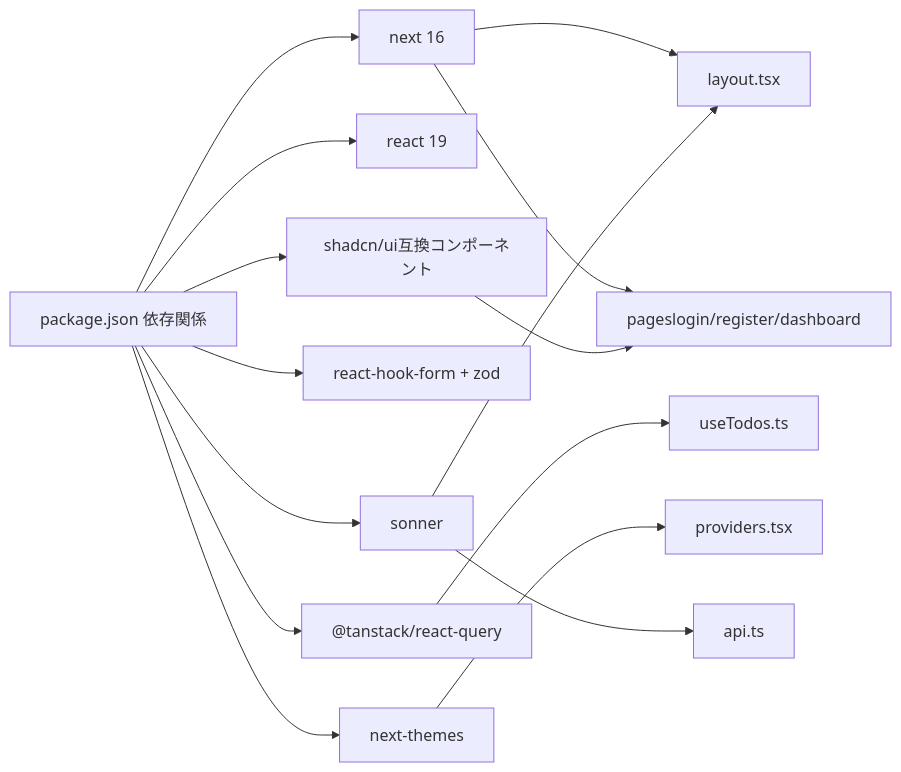
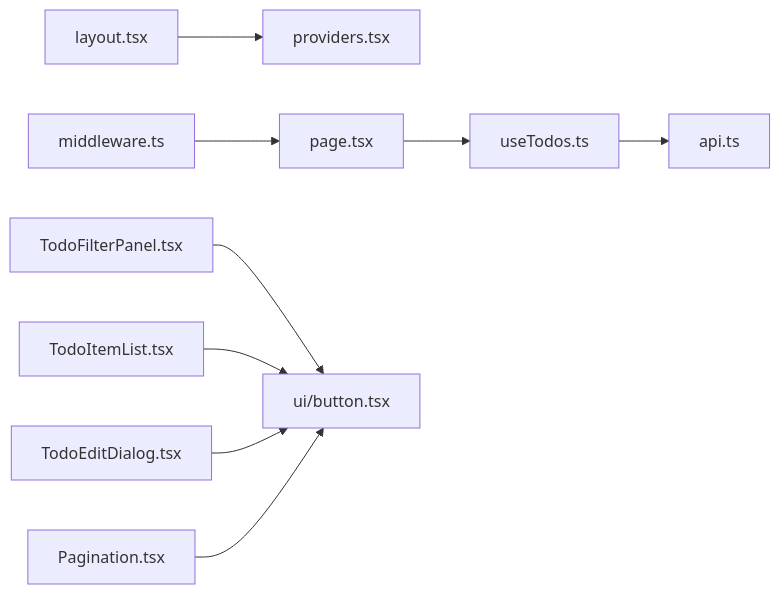
One commit to ss8806/Todos changed the eighth of 8 diagrams in .qoder/repowiki/ja/content/フロントエンドアーキテクチャ/フロントエンドアーキテクチャ.md. Above: the diagram before and after it, drawn with Mermaid. The commit also changed other lines of this file and 106 other files, not shown here.

````diff
--- a/.qoder/repowiki/ja/content/フロントエンドアーキテクチャ/フロントエンドアーキテクチャ.md
+++ b/.qoder/repowiki/ja/content/フロントエンドアーキテクチャ/フロントエンドアーキテクチャ.md
@@ -355,17 +359,11 @@
 ```mermaid
 graph LR
-PKG["package.json 依存関係"] --> NEXT["next 16"]
-PKG --> REACT["react 19"]
-PKG --> QUERY["@tanstack/react-query"]
-PKG --> FORM["react-hook-form + zod"]
-PKG --> THEME["next-themes"]
-PKG --> UI["shadcn/ui互換コンポーネント"]
-PKG --> SONNER["sonner"]
-NEXT --> LAYOUT["layout.tsx"]
-NEXT --> PAGES["pageslogin/register/dashboard"]
-QUERY --> USETODOS["useTodos.ts"]
-THEME --> PROVIDERS["providers.tsx"]
-UI --> PAGES
-SONNER --> LAYOUT
-SONNER --> API["api.ts"]
+L["layout.tsx"] --> P["providers.tsx"]
+H["page.tsx"] --> HT["useTodos.ts"]
+HT --> API["api.ts"]
+C1["TodoFilterPanel.tsx"] --> UI["ui/button.tsx"]
+C2["TodoItemList.tsx"] --> UI
+C3["TodoEditDialog.tsx"] --> UI
+C4["Pagination.tsx"] --> UI
+M["middleware.ts"] --> H
 ```
````
